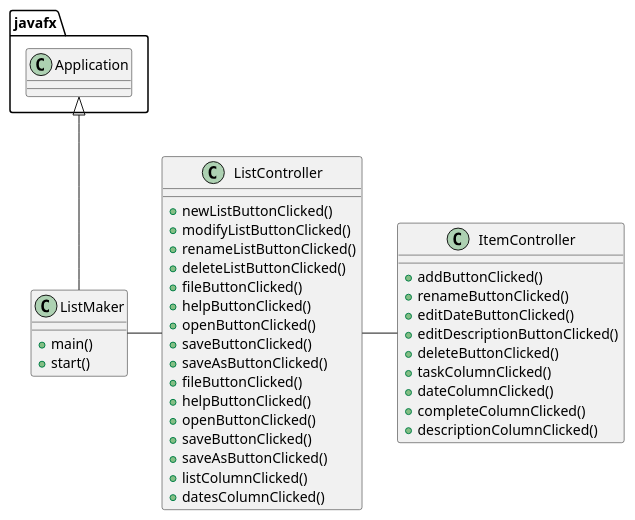
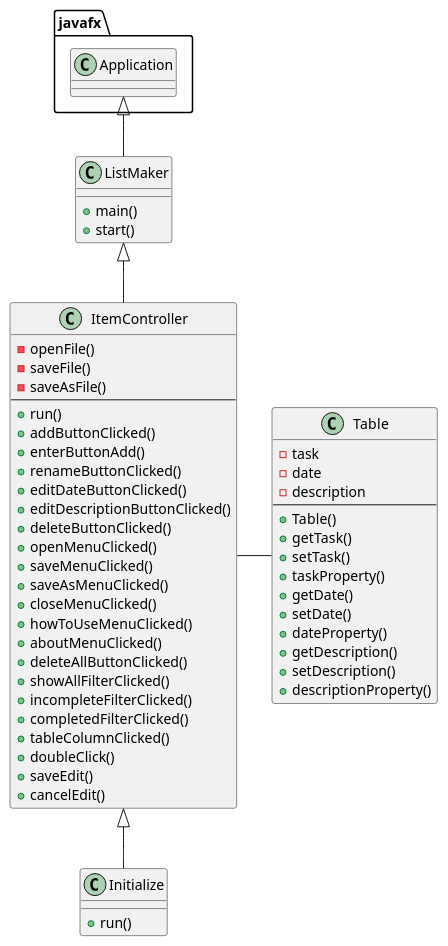
The diagram in uml/ClassDiagram.puml (kyubifang/jackson-cop3330-assignment4part2), drawn with PlantUML before and after one commit. The commit also changed 7 other files, not shown here.

```diff
--- a/uml/ClassDiagram.puml
+++ b/uml/ClassDiagram.puml
@@ -1,45 +1,64 @@
 @startuml
 'https://plantuml.com/sequence-diagram
 
 class ListMaker {
     +main()
     +start()
 }
 
-class ListController {
-    +newListButtonClicked()
-    +modifyListButtonClicked()
-    +renameListButtonClicked()
-    +deleteListButtonClicked()
-    +fileButtonClicked()
-    +helpButtonClicked()
-    +openButtonClicked()
-    +saveButtonClicked()
-    +saveAsButtonClicked()
-    +fileButtonClicked()
-    +helpButtonClicked()
-    +openButtonClicked()
-    +saveButtonClicked()
-    +saveAsButtonClicked()
-    +listColumnClicked()
-    +datesColumnClicked()
-}
-
 class ItemController {
+    -openFile()
+    -saveFile()
+    -saveAsFile()
+    --
+    +run()
     +addButtonClicked()
+    +enterButtonAdd()
     +renameButtonClicked()
     +editDateButtonClicked()
     +editDescriptionButtonClicked()
     +deleteButtonClicked()
-    +taskColumnClicked()
-    +dateColumnClicked()
-    +completeColumnClicked()
-    +descriptionColumnClicked()
+    +openMenuClicked()
+    +saveMenuClicked()
+    +saveAsMenuClicked()
+    +closeMenuClicked()
+    +howToUseMenuClicked()
+    +aboutMenuClicked()
+    +deleteAllButtonClicked()
+    +showAllFilterClicked()
+    +incompleteFilterClicked()
+    +completedFilterClicked()
+    +tableColumnClicked()
+    +doubleClick()
+    +saveEdit()
+    +cancelEdit()
+}
+
+class Table {
+    -task
+    -date
+    -description
+    --
+    +Table()
+    +getTask()
+    +setTask()
+    +taskProperty()
+    +getDate()
+    +setDate()
+    +dateProperty()
+    +getDescription()
+    +setDescription()
+    +descriptionProperty()
+}
+
+class Initialize {
+    +run()
 }
 
 javafx.Application <|-- ListMaker
+ListMaker <|-- ItemController
+ItemController - Table
+ItemController <|-- Initialize
 
-ListMaker - ListController
-ListController - ItemController
 
 @enduml
```
